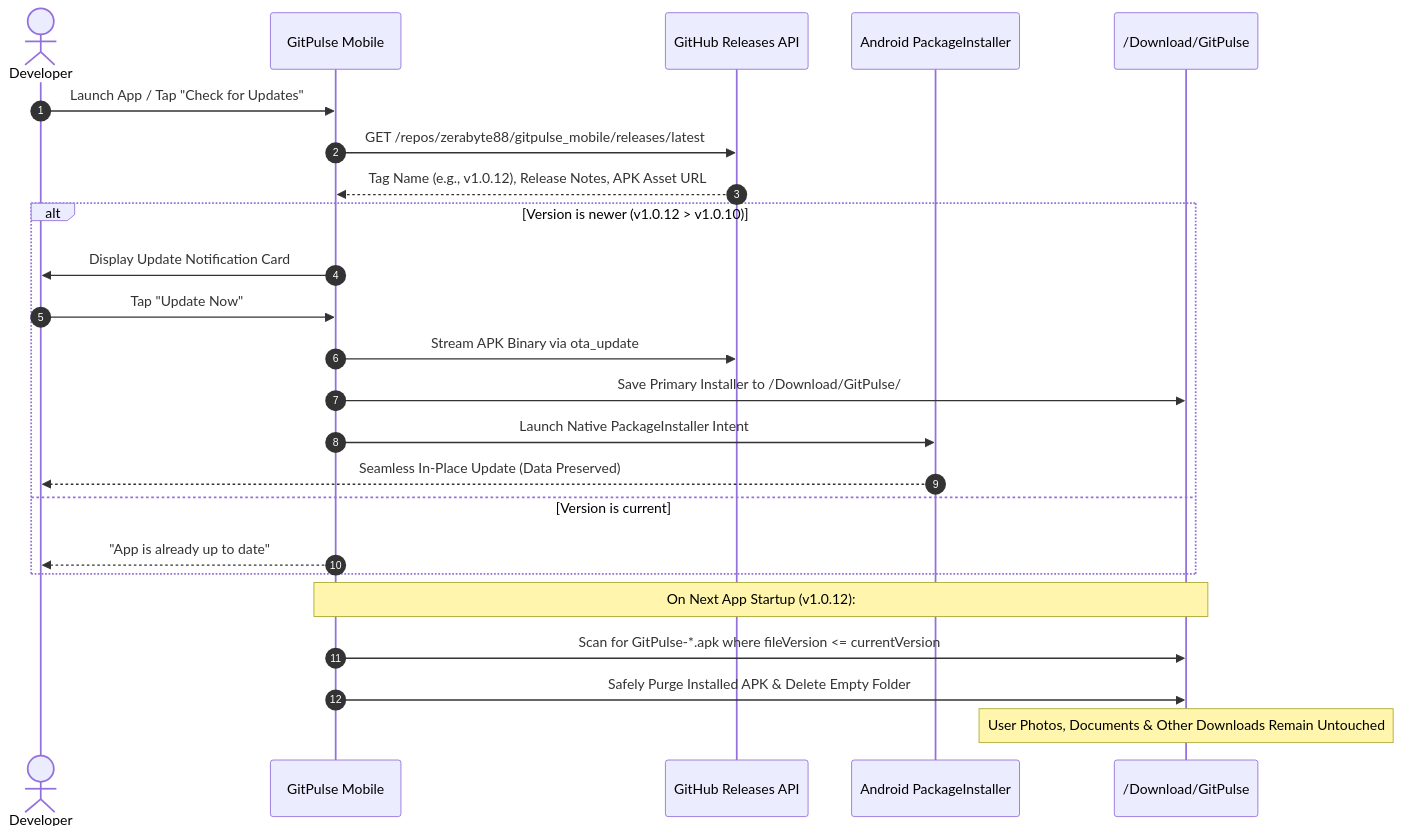
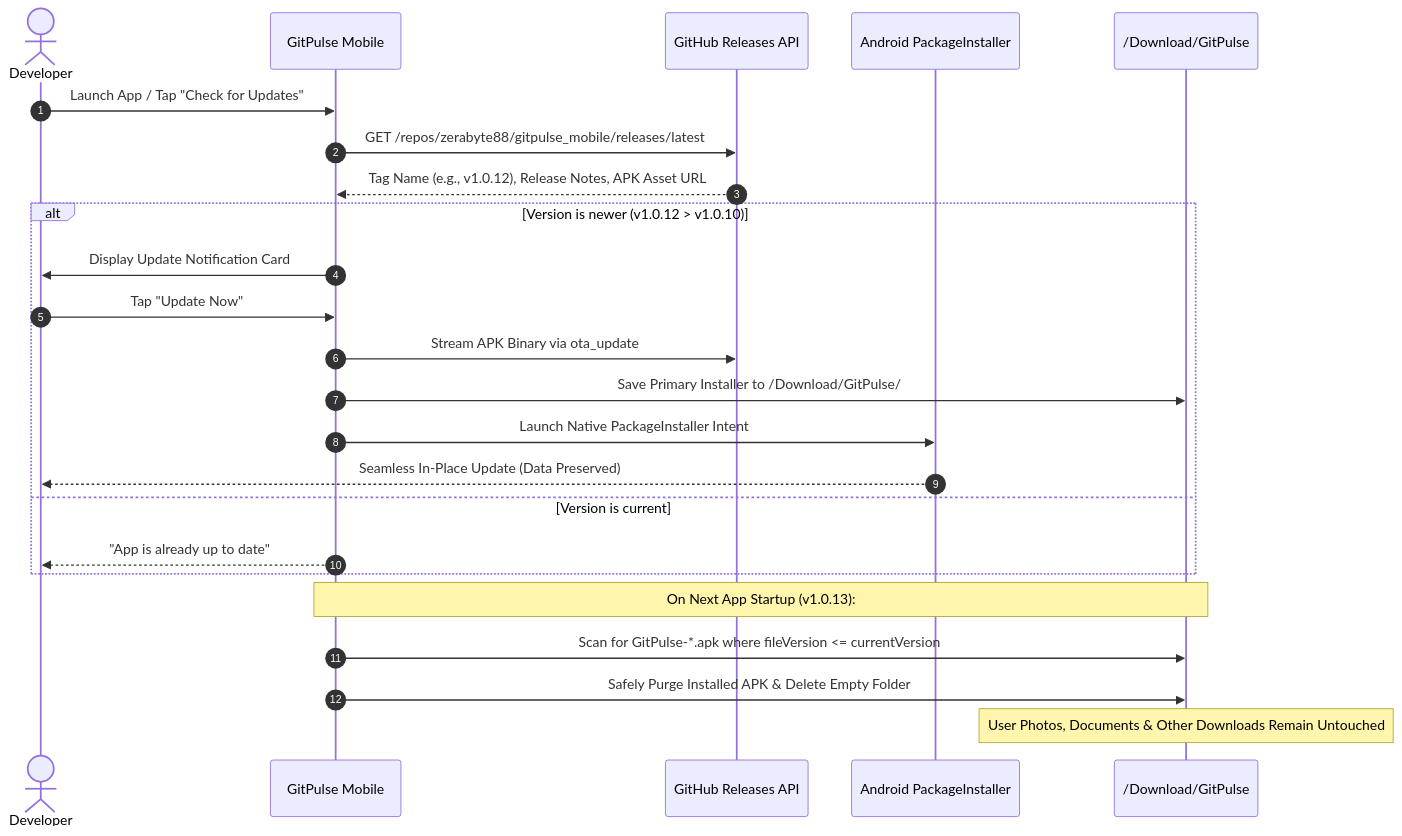
Before and after one commit to zerabyte88/gitpulse_mobile: the first of 2 diagrams in README.md, drawn with Mermaid. The commit also changed other lines of this file and 6 other files, not shown here.

````diff
--- a/README.md
+++ b/README.md
@@ -147,27 +147,27 @@
 ```mermaid
 sequenceDiagram
     autonumber
     actor User as Developer
     participant App as GitPulse Mobile
     participant GitHub as GitHub Releases API
     participant Installer as Android PackageInstaller
     participant Storage as /Download/GitPulse
 
     User->>App: Launch App / Tap "Check for Updates"
     App->>GitHub: GET /repos/zerabyte88/gitpulse_mobile/releases/latest
     GitHub-->>App: Tag Name (e.g., v1.0.12), Release Notes, APK Asset URL
     alt Version is newer (v1.0.12 > v1.0.10)
         App->>User: Display Update Notification Card
         User->>App: Tap "Update Now"
         App->>GitHub: Stream APK Binary via ota_update
         App->>Storage: Save Primary Installer to /Download/GitPulse/
         App->>Installer: Launch Native PackageInstaller Intent
         Installer-->>User: Seamless In-Place Update (Data Preserved)
     else Version is current
         App-->>User: "App is already up to date"
     end
-    Note over App,Storage: On Next App Startup (v1.0.12):
+    Note over App,Storage: On Next App Startup (v1.0.13):
     App->>Storage: Scan for GitPulse-*.apk where fileVersion <= currentVersion
     App->>Storage: Safely Purge Installed APK & Delete Empty Folder
     Note over Storage: User Photos, Documents & Other Downloads Remain Untouched
 ```
````
